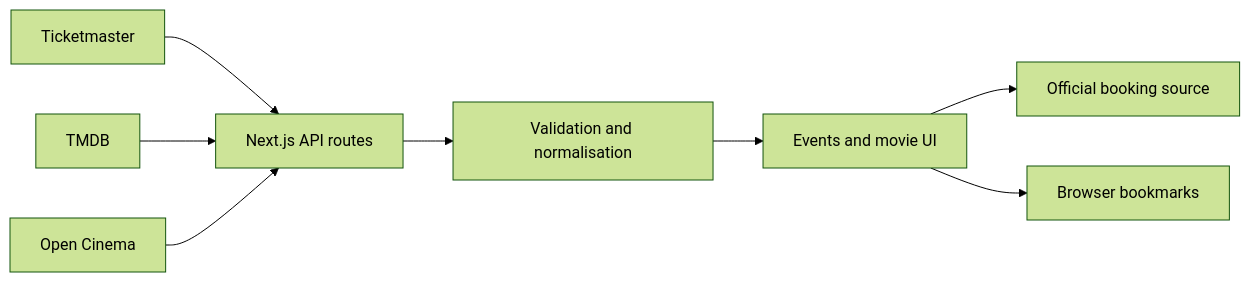
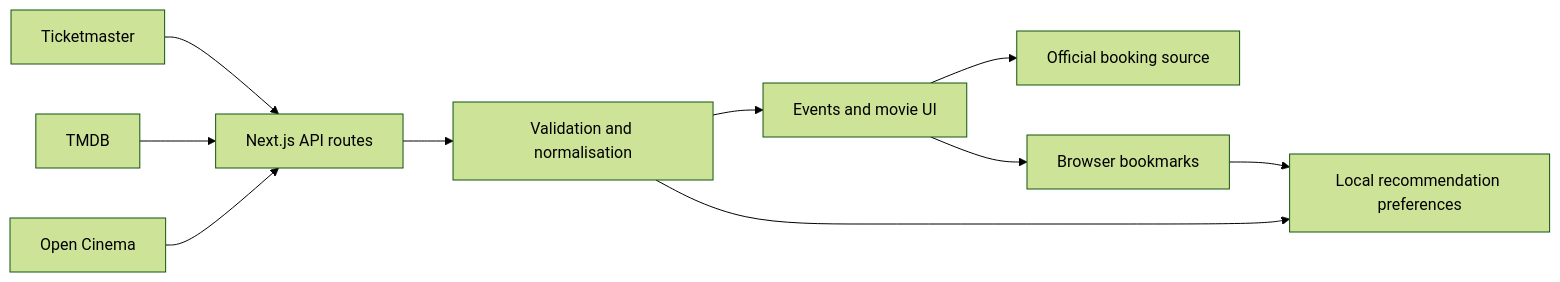
The diagram in README.md (hannnnnnnny/kiwicue), drawn with Mermaid (forest theme) before and after one commit. The commit also changed other lines of this file and 3 other files, not shown here.

Commit message:
test(recommendations): cover responsive discovery flows

````diff
--- a/README.md
+++ b/README.md
@@ -56,10 +57,12 @@
 ```mermaid
 flowchart LR
     A[Ticketmaster] --> D[Next.js API routes]
     B[TMDB] --> D
     C[Open Cinema] --> D
     D --> E[Validation and normalisation]
     E --> F[Events and movie UI]
     F --> G[Official booking source]
     F --> H[Browser bookmarks]
+    H --> I[Local recommendation preferences]
+    E --> I
 ```
````
